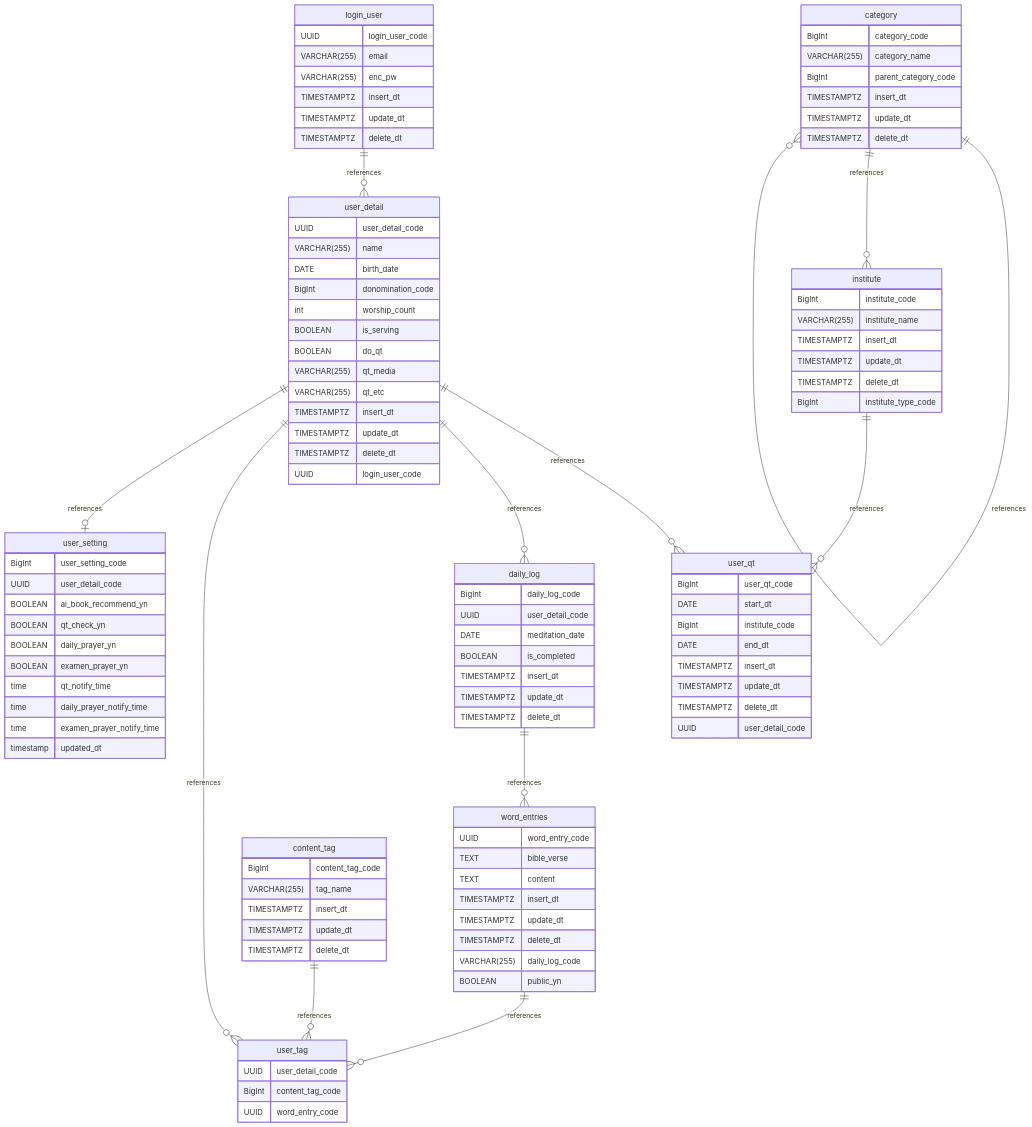
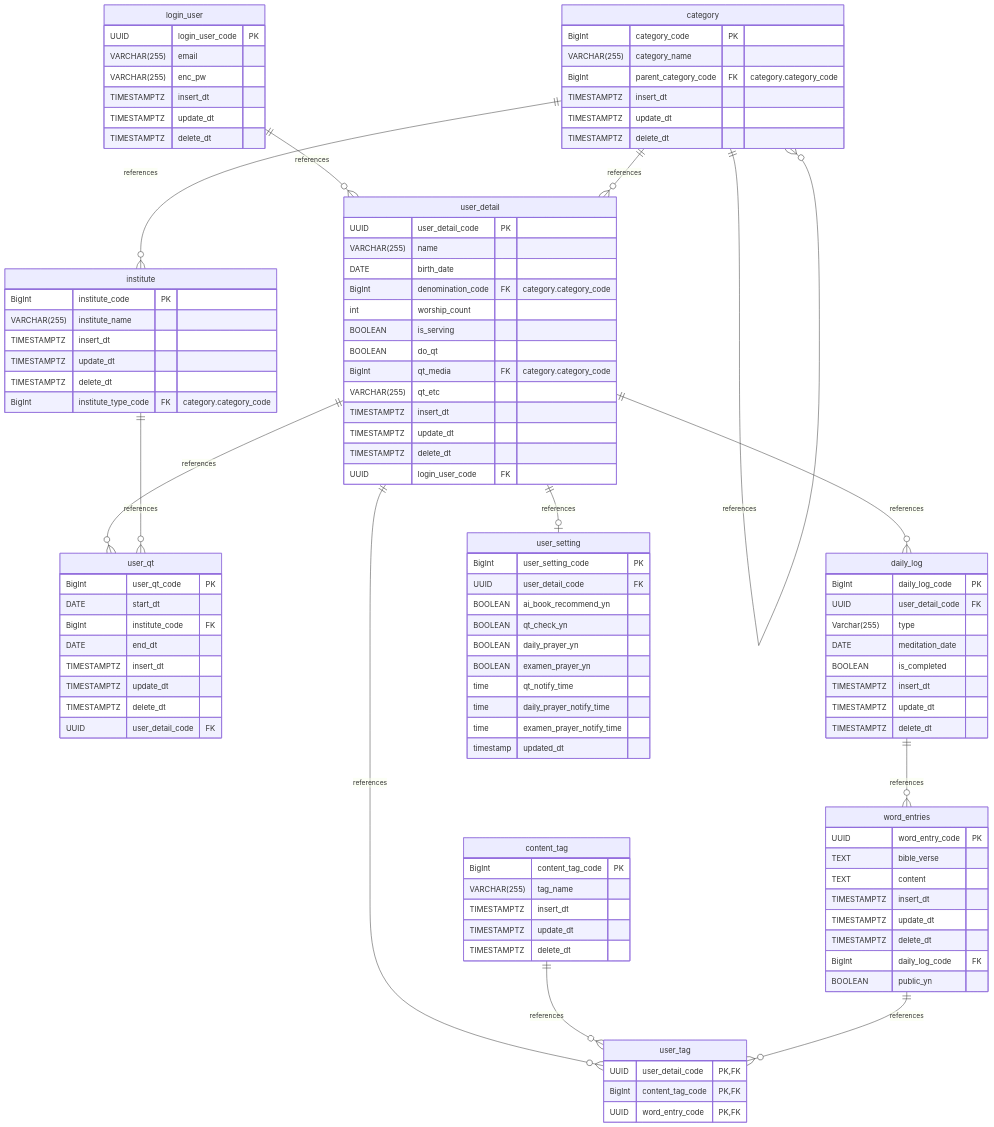
The diagram in README.md (LinaShinDev/daily-word-log), drawn with Mermaid before and after one commit.

````diff
--- a/README.md
+++ b/README.md
@@ -31,6 +31,7 @@
 	login_user ||--o{ user_detail : references
     category ||--o{ category : references
     category ||--o{ institute : references
+	category ||--o{ user_detail : references
     user_detail ||--o{ user_qt : references
     user_detail ||--o{ daily_log : references
     institute ||--o{ user_qt : references
@@ -42,7 +43,7 @@
 
 	
 	login_user {
-		UUID login_user_code
+		UUID login_user_code PK
 		VARCHAR(255) email
 		VARCHAR(255) enc_pw
 		TIMESTAMPTZ insert_dt
@@ -51,24 +52,24 @@
 	}
 
 	user_detail {
-		UUID user_detail_code
+		UUID user_detail_code PK
 		VARCHAR(255) name
 		DATE birth_date
-		BigInt donomination_code
+		BigInt denomination_code FK "category.category_code"
 		int worship_count
 		BOOLEAN is_serving
 		BOOLEAN do_qt
-		VARCHAR(255) qt_media
+		BigInt qt_media FK "category.category_code"
 		VARCHAR(255) qt_etc
 		TIMESTAMPTZ insert_dt
 		TIMESTAMPTZ update_dt
 		TIMESTAMPTZ delete_dt
-		UUID login_user_code
+		UUID login_user_code FK
 	}
 
 	user_setting {
-        BigInt user_setting_code
-        UUID user_detail_code
+        BigInt user_setting_code PK
+        UUID user_detail_code FK
         BOOLEAN ai_book_recommend_yn
         BOOLEAN qt_check_yn
         BOOLEAN daily_prayer_yn
@@ -80,37 +81,38 @@
     }
 
 	category {
-		BigInt category_code
+		BigInt category_code PK
 		VARCHAR(255) category_name
-		BigInt parent_category_code
+		BigInt parent_category_code FK "category.category_code"
 		TIMESTAMPTZ insert_dt
 		TIMESTAMPTZ update_dt
 		TIMESTAMPTZ delete_dt
 	}
 
 	institute {
-		BigInt institute_code
+		BigInt institute_code PK
 		VARCHAR(255) institute_name
 		TIMESTAMPTZ insert_dt
 		TIMESTAMPTZ update_dt
 		TIMESTAMPTZ delete_dt
-		BigInt institute_type_code
+		BigInt institute_type_code FK "category.category_code"
 	}
 
 	user_qt {
-		BigInt user_qt_code
+		BigInt user_qt_code PK
 		DATE start_dt
-		BigInt institute_code
+		BigInt institute_code FK
 		DATE end_dt
 		TIMESTAMPTZ insert_dt
 		TIMESTAMPTZ update_dt
 		TIMESTAMPTZ delete_dt
-		UUID user_detail_code
+		UUID user_detail_code FK
 	}
 
 	daily_log {
-		BigInt daily_log_code
-		UUID user_detail_code
+		BigInt daily_log_code PK
+		UUID user_detail_code FK
+		Varchar(255) type 
 		DATE meditation_date
 		BOOLEAN is_completed
 		TIMESTAMPTZ insert_dt
@@ -119,18 +121,18 @@
 	}
 
 	word_entries {
-		UUID word_entry_code
+		UUID word_entry_code PK
 		TEXT bible_verse
 		TEXT content
 		TIMESTAMPTZ insert_dt
 		TIMESTAMPTZ update_dt
 		TIMESTAMPTZ delete_dt
-		VARCHAR(255) daily_log_code
+		BigInt daily_log_code FK
 		BOOLEAN public_yn
 	}
 
 	content_tag {
-		BigInt content_tag_code
+		BigInt content_tag_code PK
 		VARCHAR(255) tag_name
 		TIMESTAMPTZ insert_dt
 		TIMESTAMPTZ update_dt
@@ -138,8 +140,8 @@
 	}
 
 	user_tag {
-		UUID user_detail_code
-		BigInt content_tag_code
-		UUID word_entry_code
+		UUID user_detail_code PK, FK
+		BigInt content_tag_code PK, FK
+		UUID word_entry_code PK, FK
 	}
 ```
````
